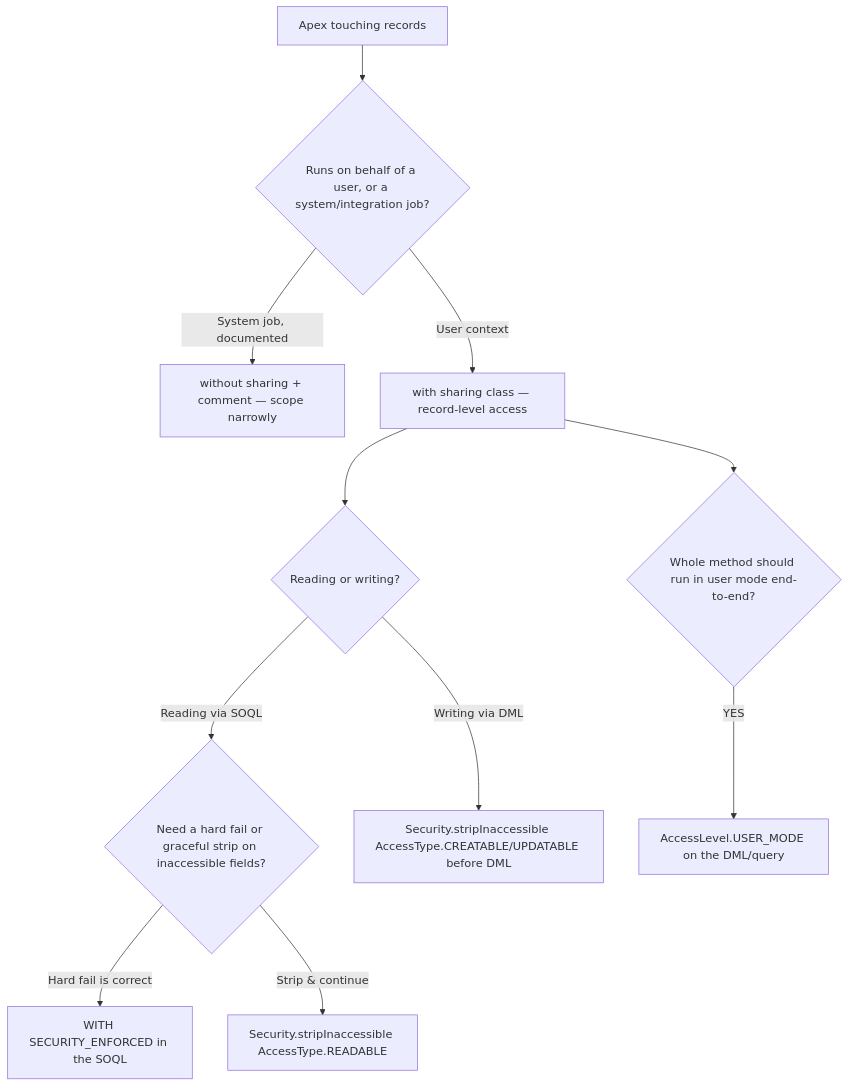
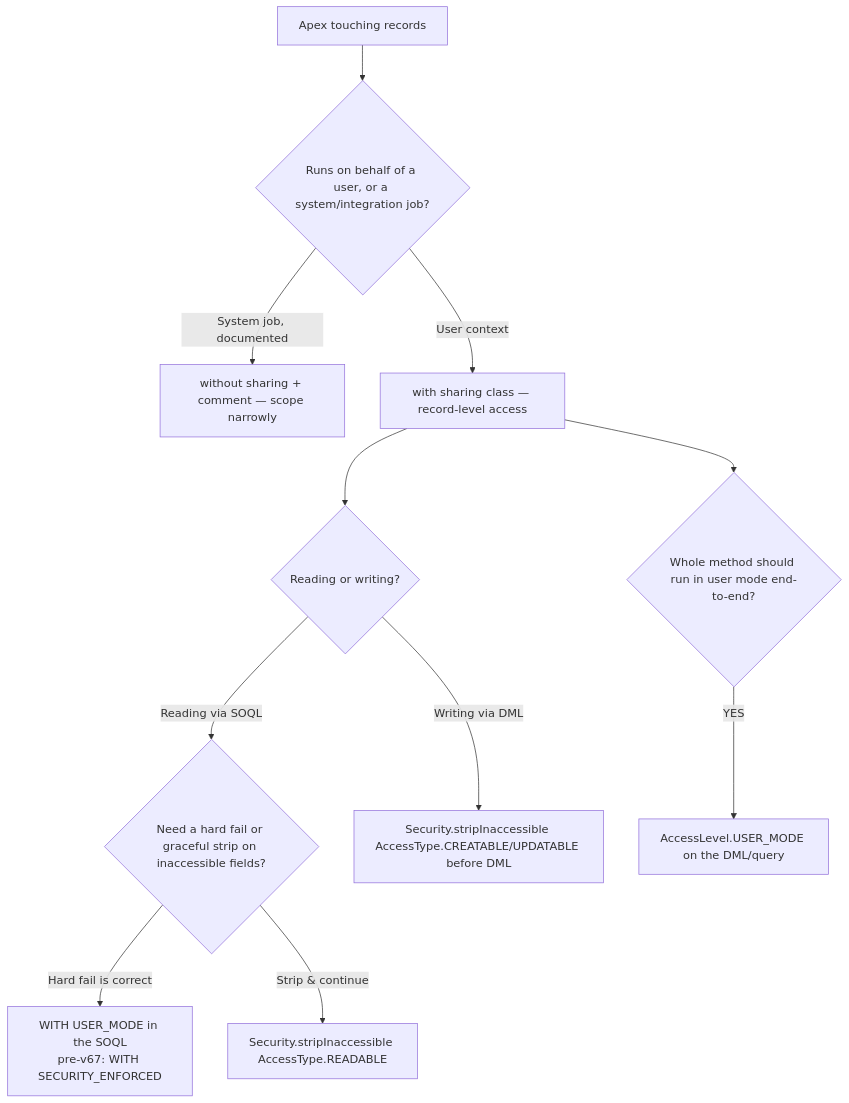
One commit to mcorbett51090/RavenClaude changed the second of 8 diagrams in plugins/salesforce/knowledge/apex-decision-trees.md. Above: the diagram before and after it, drawn with Mermaid. The commit also changed other lines of this file and 27 other files, not shown here.

````diff
--- a/plugins/salesforce/knowledge/apex-decision-trees.md
+++ b/plugins/salesforce/knowledge/apex-decision-trees.md
@@ -55,13 +57,13 @@
 ```mermaid
 flowchart TD
     START[Apex touching records] --> Q1{Runs on behalf of a user, or a system/integration job?}
     Q1 -->|System job, documented| SYS[without sharing + comment — scope narrowly]
     Q1 -->|User context| SHARE[with sharing class — record-level access]
     SHARE --> Q2{Reading or writing?}
     Q2 -->|Reading via SOQL| Q3{Need a hard fail or graceful strip on inaccessible fields?}
-    Q3 -->|Hard fail is correct| SE[WITH SECURITY_ENFORCED in the SOQL]
+    Q3 -->|Hard fail is correct| SE[WITH USER_MODE in the SOQL<br/>pre-v67: WITH SECURITY_ENFORCED]
     Q3 -->|Strip & continue| SI_READ[Security.stripInaccessible AccessType.READABLE]
     Q2 -->|Writing via DML| SI_WRITE[Security.stripInaccessible AccessType.CREATABLE/UPDATABLE before DML]
     SHARE --> Q4{Whole method should run in user mode end-to-end?}
     Q4 -->|YES| UM[AccessLevel.USER_MODE on the DML/query]
 ```
````
